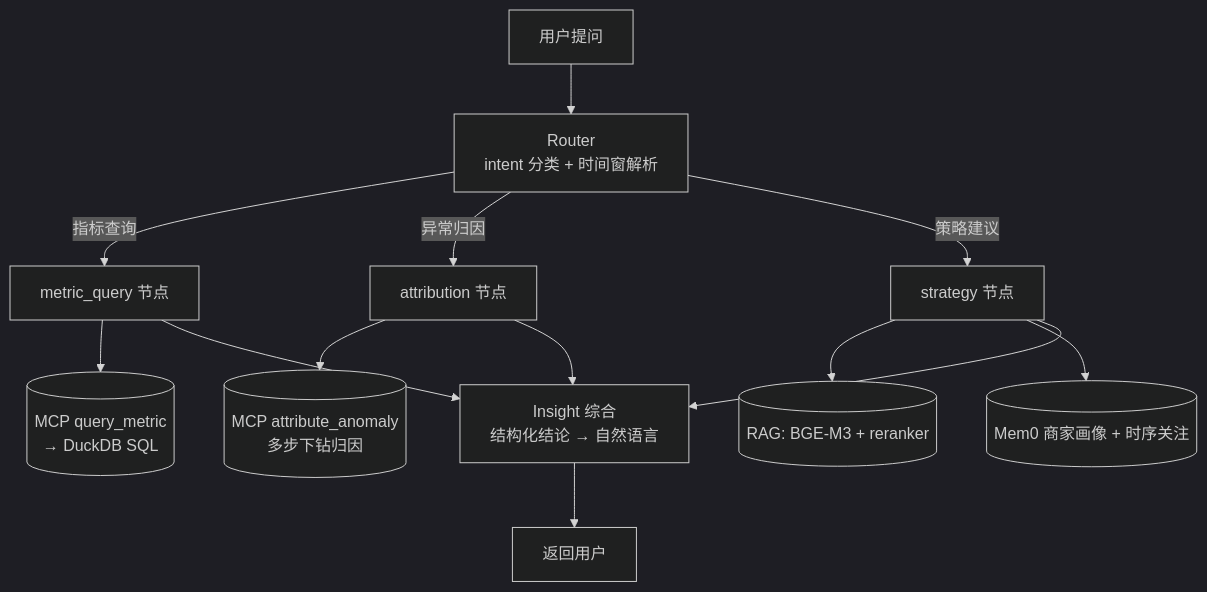
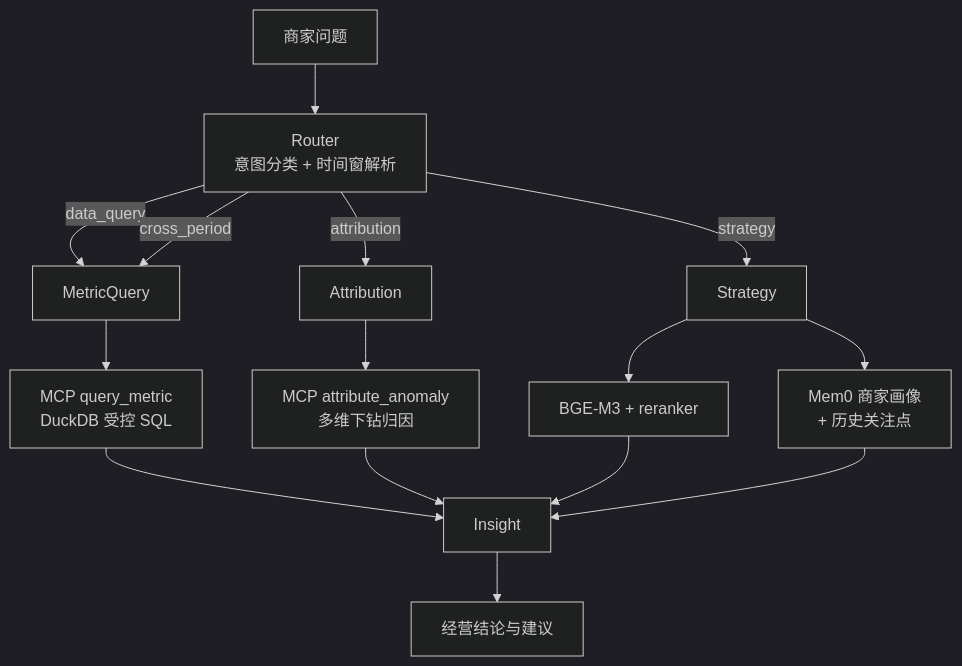
One commit to linqiaoyu/MerchantCopilot changed the diagram in README.md. Above: the diagram before and after it, drawn with Mermaid (dark theme). The commit also changed other lines of this file and 17 other files, not shown here.

````diff
--- a/README.md
+++ b/README.md
@@ -39,15 +62,20 @@
 ```mermaid
 flowchart TD
-    Q[用户提问] --> R[Router<br/>intent 分类 + 时间窗解析]
-    R -->|指标查询| M[metric_query 节点]
-    R -->|异常归因| A[attribution 节点]
-    R -->|策略建议| S[strategy 节点]
-    M --> MCP[(MCP query_metric<br/>→ DuckDB SQL)]
-    A --> MCP2[(MCP attribute_anomaly<br/>多步下钻归因)]
-    S --> RAG[(RAG: BGE-M3 + reranker)]
-    S --> MEM[(Mem0 商家画像 + 时序关注)]
-    M --> I[Insight 综合<br/>结构化结论 → 自然语言]
-    A --> I
-    S --> I
-    I --> O[返回用户]
+    Q["商家问题"] --> R["Router<br>意图分类 + 时间窗解析"]
+
+    R -->|data_query| M["MetricQuery"]
+    R -->|cross_period| M
+    R -->|attribution| A["Attribution"]
+    R -->|strategy| S["Strategy"]
+
+    M --> MQ["MCP query_metric<br>DuckDB 受控 SQL"]
+    A --> MA["MCP attribute_anomaly<br>多维下钻归因"]
+    S --> RAG["BGE-M3 + reranker"]
+    S --> MEM["Mem0 商家画像<br>+ 历史关注点"]
+
+    MQ --> I["Insight"]
+    MA --> I
+    RAG --> I
+    MEM --> I
+    I --> O["经营结论与建议"]
 ```
````
